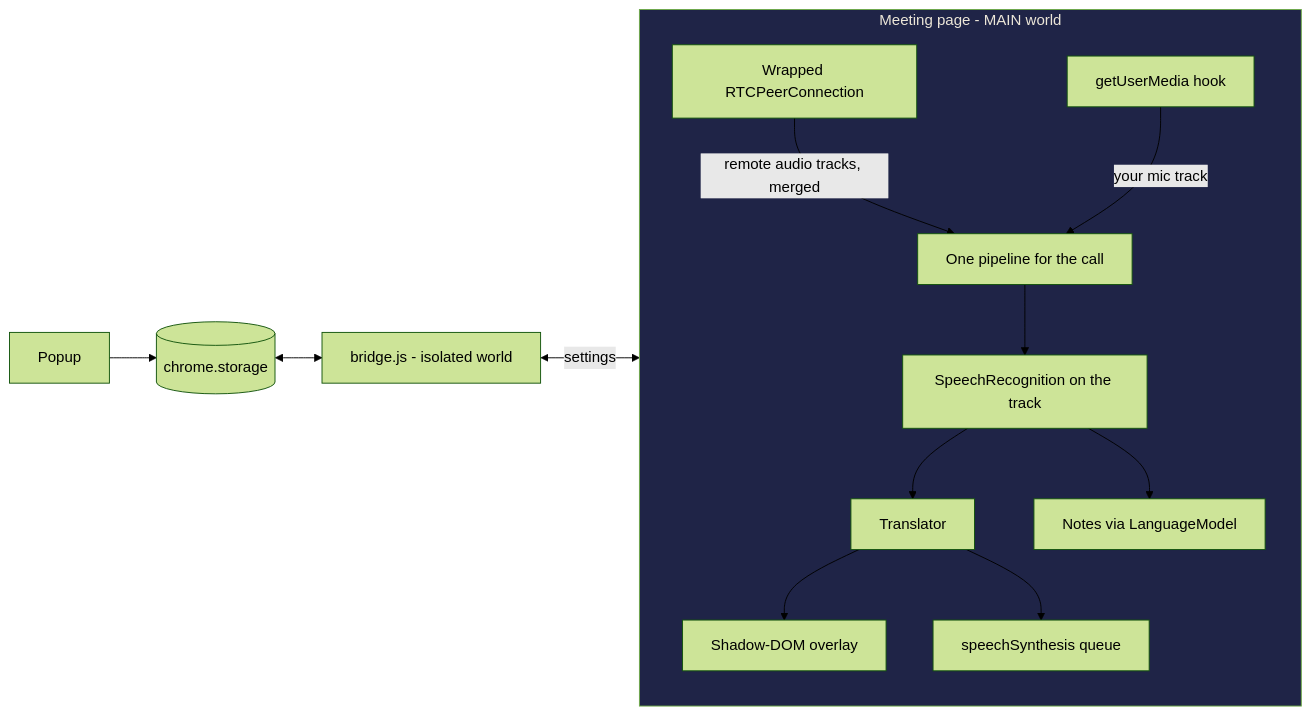
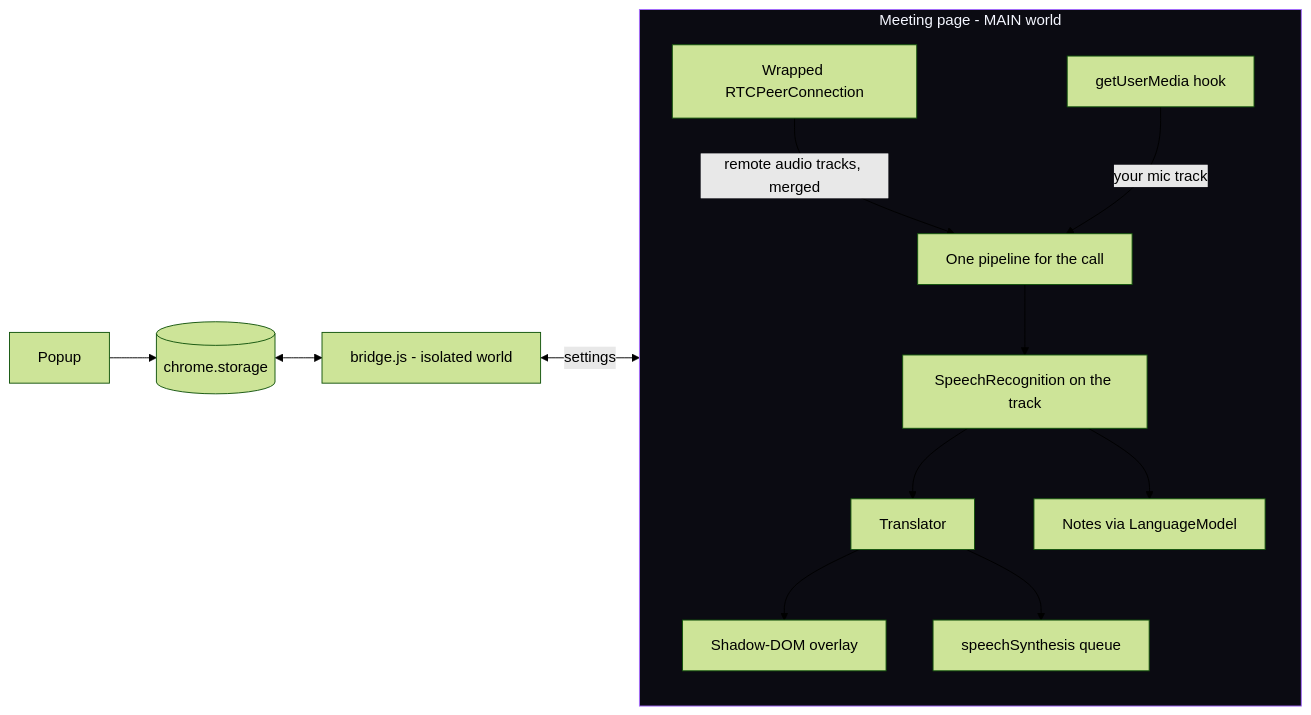
One commit to Ayush277/chitter changed the fifth of 5 diagrams in docs/ARCHITECTURE.md. Above: the diagram before and after it, drawn with Mermaid (forest theme). The commit also changed other lines of this file and 73 other files, not shown here.

````diff
--- a/docs/ARCHITECTURE.md
+++ b/docs/ARCHITECTURE.md
@@ -114,15 +114,15 @@
 ```mermaid
 flowchart LR
     subgraph Page[Meeting page - MAIN world]
         H[Wrapped RTCPeerConnection] -->|remote audio tracks, merged| PL[One pipeline for the call]
         G[getUserMedia hook] -->|your mic track| PL
         PL --> SR[SpeechRecognition on the track]
         SR --> TR[Translator] --> OV[Shadow-DOM overlay]
         TR --> TTS[speechSynthesis queue]
         SR --> NT[Notes via LanguageModel]
     end
     B[bridge.js - isolated world] <-->|settings| Page
     ST[(chrome.storage)] <--> B
     POP[Popup] --> ST
-    style Page fill:#1F2447,color:#ECE6D8
+    style Page fill:#0B0B12,stroke:#A66BFF,color:#F4F6FF
 ```
````
